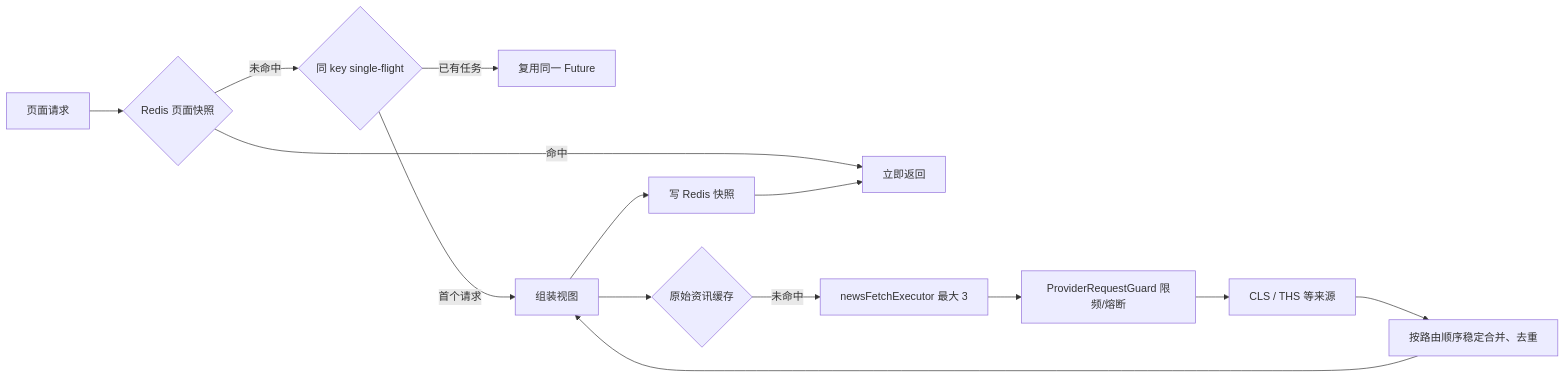
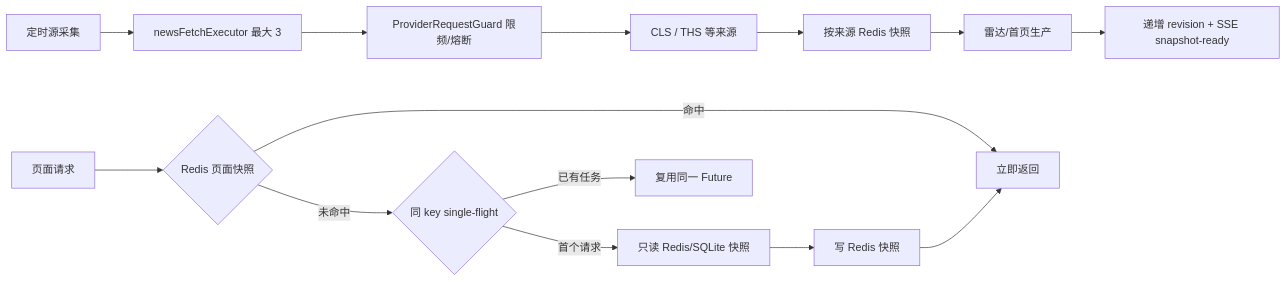
The diagram in docs/superpowers/specs/2026-08-06-news-radar-dashboard-cache-concurrency-design.md (frustrated-frog/fin-scope), drawn with Mermaid before and after one commit. The commit also changed other lines of this file and 1 other file, not shown here.

````diff
--- a/docs/superpowers/specs/2026-08-06-news-radar-dashboard-cache-concurrency-design.md
+++ b/docs/superpowers/specs/2026-08-06-news-radar-dashboard-cache-concurrency-design.md
@@ -42,16 +42,16 @@
 ```mermaid
 flowchart LR
+  Scheduler["定时源采集"] --> Fanout["newsFetchExecutor 最大 3"]
+  Fanout --> Guard["ProviderRequestGuard 限频/熔断"]
+  Guard --> Sources["CLS / THS 等来源"]
+  Sources --> SourceSnapshot["按来源 Redis 快照"]
+  SourceSnapshot --> Producer["雷达/首页生产"]
+  Producer --> Publish["递增 revision + SSE snapshot-ready"]
   Page["页面请求"] --> Cache{"Redis 页面快照"}
   Cache -->|命中| Reply["立即返回"]
   Cache -->|未命中| Flight{"同 key single-flight"}
   Flight -->|已有任务| Join["复用同一 Future"]
-  Flight -->|首个请求| View["组装视图"]
-  View --> NewsCache{"原始资讯缓存"}
-  NewsCache -->|未命中| Fanout["newsFetchExecutor 最大 3"]
-  Fanout --> Guard["ProviderRequestGuard 限频/熔断"]
-  Guard --> Sources["CLS / THS 等来源"]
-  Sources --> Merge["按路由顺序稳定合并、去重"]
-  Merge --> View
+  Flight -->|首个请求| View["只读 Redis/SQLite 快照"]
   View --> Save["写 Redis 快照"]
   Save --> Reply
 ```
````
